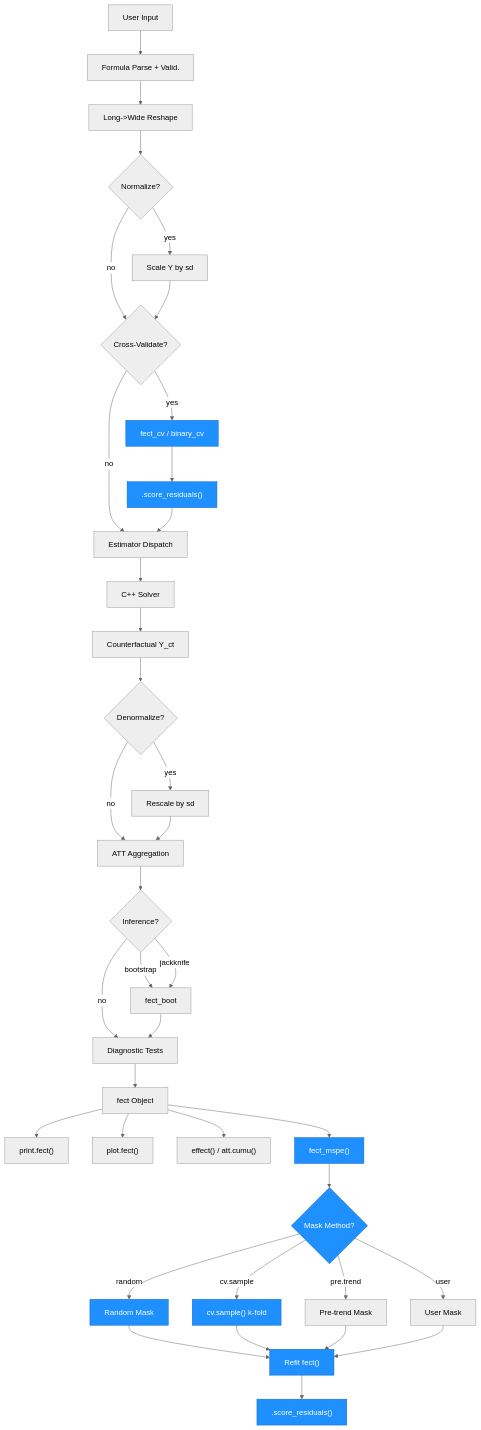
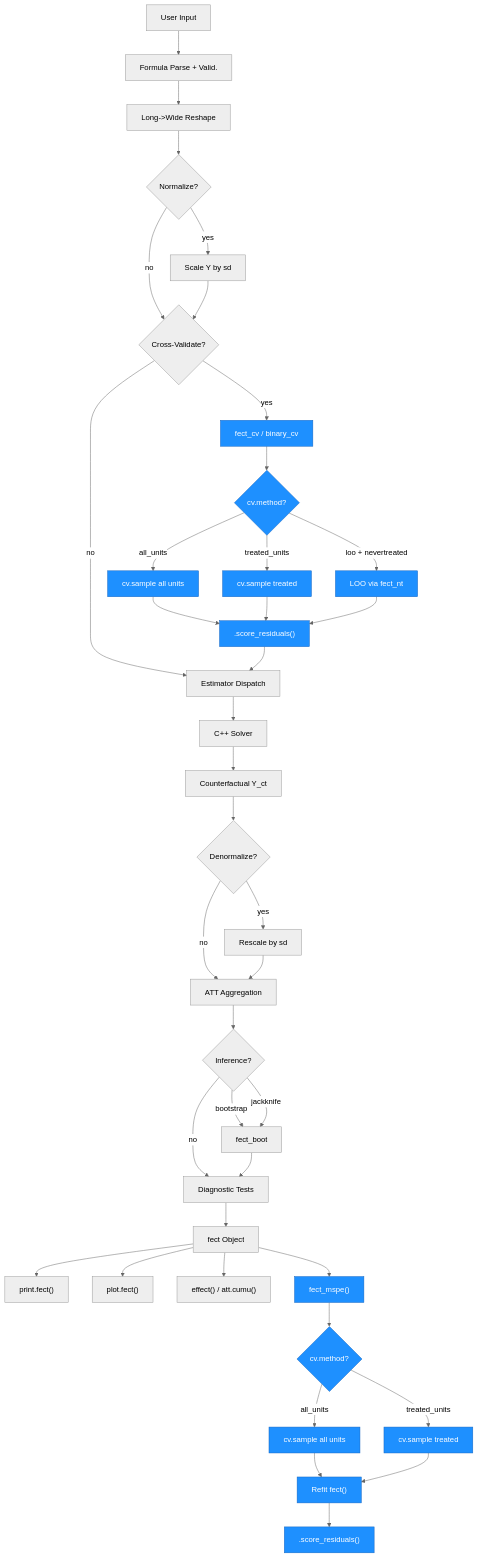
One commit to xuyiqing/fect changed the fifth of 5 diagrams in architecture.md. Above: the diagram before and after it, drawn with Mermaid. The commit also changed other lines of this file and 11 other files, not shown here.

````diff
--- a/architecture.md
+++ b/architecture.md
@@ -298,49 +326,55 @@
 ```mermaid
 %%{init: {'theme': 'neutral'}}%%
 graph TD
     Input["User Input"] --> Parse["Formula Parse + Valid."]
     Parse --> Reshape["Long->Wide Reshape"]
     Reshape --> NormQ{"Normalize?"}
     NormQ -->|yes| Norm["Scale Y by sd"]
     NormQ -->|no| CVQ
     Norm --> CVQ{"Cross-Validate?"}
     CVQ -->|yes| CVStep["fect_cv / binary_cv"]
     CVQ -->|no| Estimate
-    CVStep --> ScoreCV[".score_residuals()"]
+    CVStep --> CVMethod{"cv.method?"}
+    CVMethod -->|all_units| CvAll["cv.sample all units"]
+    CVMethod -->|treated_units| CvTr["cv.sample treated"]
+    CVMethod -->|loo + nevertreated| CvLoo["LOO via fect_nt"]
+    CvAll --> ScoreCV[".score_residuals()"]
+    CvTr --> ScoreCV
+    CvLoo --> ScoreCV
     ScoreCV --> Estimate["Estimator Dispatch"]
     Estimate --> CppSolver["C++ Solver"]
     CppSolver --> Counterfactual["Counterfactual Y_ct"]
     Counterfactual --> DenormQ{"Denormalize?"}
     DenormQ -->|yes| Denorm["Rescale by sd"]
     DenormQ -->|no| ATT
     Denorm --> ATT["ATT Aggregation"]
     ATT --> InfQ{"Inference?"}
     InfQ -->|bootstrap| Boot["fect_boot"]
     InfQ -->|jackknife| Boot
     InfQ -->|no| Diag
     Boot --> Diag["Diagnostic Tests"]
     Diag --> FectObj["fect Object"]
     FectObj --> PrintOut["print.fect()"]
     FectObj --> PlotOut["plot.fect()"]
     FectObj --> EffectOut["effect() / att.cumu()"]
     FectObj --> MspeOut["fect_mspe()"]
-    MspeOut --> MaskQ{"Mask Method?"}
-    MaskQ -->|random| RandMask["Random Mask"]
-    MaskQ -->|cv.sample| CvMask["cv.sample() k-fold"]
-    MaskQ -->|pre.trend| PtMask["Pre-trend Mask"]
-    MaskQ -->|user| UserMask["User Mask"]
-    RandMask --> Refit["Refit fect()"]
-    CvMask --> Refit
-    PtMask --> Refit
-    UserMask --> Refit
+    MspeOut --> MspeCV{"cv.method?"}
+    MspeCV -->|all_units| MspeAll["cv.sample all units"]
+    MspeCV -->|treated_units| MspeTr["cv.sample treated"]
+    MspeAll --> Refit["Refit fect()"]
+    MspeTr --> Refit
     Refit --> ScoreMspe[".score_residuals()"]
 
     style CVStep fill:#1e90ff,stroke:#1565c0,color:#fff
+    style CVMethod fill:#1e90ff,stroke:#1565c0,color:#fff
+    style CvAll fill:#1e90ff,stroke:#1565c0,color:#fff
+    style CvTr fill:#1e90ff,stroke:#1565c0,color:#fff
+    style CvLoo fill:#1e90ff,stroke:#1565c0,color:#fff
     style ScoreCV fill:#1e90ff,stroke:#1565c0,color:#fff
     style MspeOut fill:#1e90ff,stroke:#1565c0,color:#fff
-    style MaskQ fill:#1e90ff,stroke:#1565c0,color:#fff
-    style RandMask fill:#1e90ff,stroke:#1565c0,color:#fff
-    style CvMask fill:#1e90ff,stroke:#1565c0,color:#fff
+    style MspeCV fill:#1e90ff,stroke:#1565c0,color:#fff
+    style MspeAll fill:#1e90ff,stroke:#1565c0,color:#fff
+    style MspeTr fill:#1e90ff,stroke:#1565c0,color:#fff
+    style Refit fill:#1e90ff,stroke:#1565c0,color:#fff
     style ScoreMspe fill:#1e90ff,stroke:#1565c0,color:#fff
-    style Refit fill:#1e90ff,stroke:#1565c0,color:#fff
 ```
````
